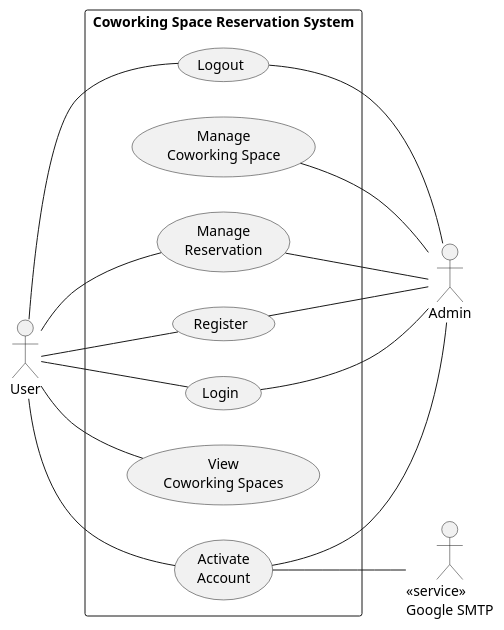
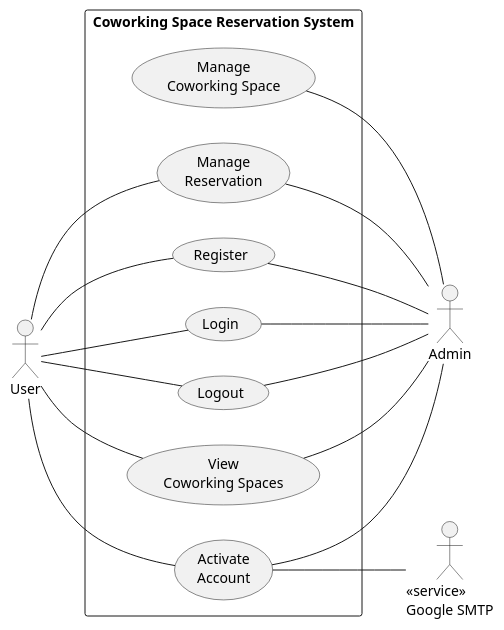
Before and after one commit to SupanutT/sw-dev-prac-project: the diagram in doc/Use Case Diagram/use_case.puml, drawn with PlantUML. The commit also changed 1 other file, not shown here.

Commit message:
fix : use case diagram

```diff
--- a/doc/Use Case Diagram/use_case.puml
+++ b/doc/Use Case Diagram/use_case.puml
@@ -1,32 +1,33 @@
 @startuml Coworking Space Reservation System Use Case Diagram
 left to right direction
 actor "User" as user
 rectangle "Coworking Space Reservation System" as CSRSystem {
     usecase "Register" as register
     usecase "Login" as login
     usecase "Logout" as logout
     usecase "Activate\nAccount" as activateAccount
     usecase "View\nCoworking Spaces" as viewCoworkingSpaces
     usecase "Manage\nReservation" as manageReservation
     usecase "Manage\nCoworking Space" as manageCoworkingSpace
 }
 
 user -- register
 user -- login
 user -- logout
 user -- activateAccount
 user -- viewCoworkingSpaces
 user -- manageReservation
 
 actor "Admin" as admin
 register -- admin
 login -- admin
 logout -- admin
 activateAccount -- admin
 manageReservation -- admin
 manageCoworkingSpace -- admin
+viewCoworkingSpaces -- admin
 
 actor "<<service>>\nGoogle SMTP" as smtp
 activateAccount -- smtp
 
 @enduml
```
